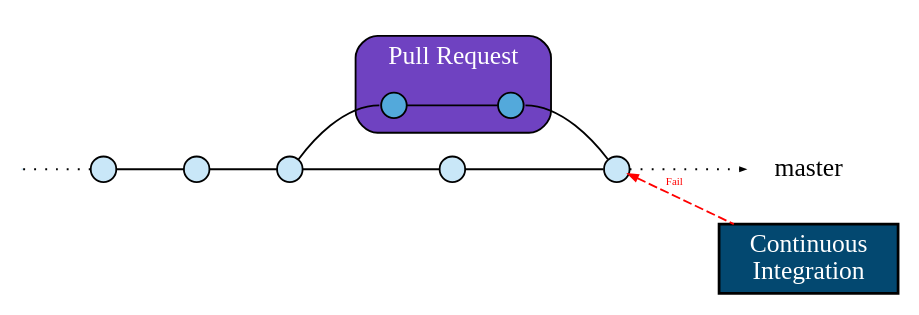
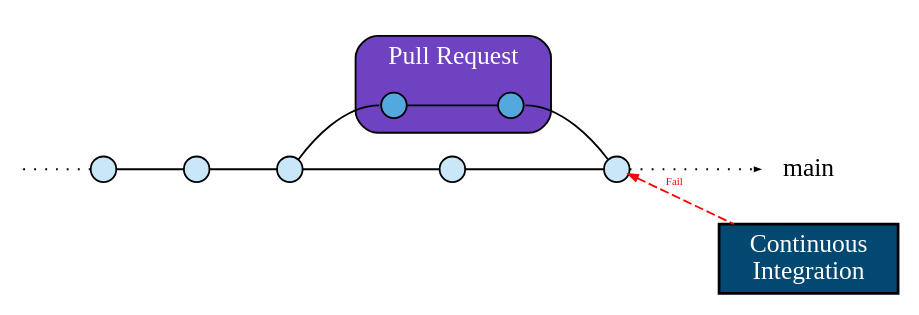
The diagram in docs/source/actions/strict-mode-merge-ci-fail.dot (Mergifyio/mergify), drawn with Graphviz before and after one commit. The commit also changed 11 other files, not shown here.

```diff
--- a/docs/source/actions/strict-mode-merge-ci-fail.dot
+++ b/docs/source/actions/strict-mode-merge-ci-fail.dot
@@ -1,65 +1,65 @@
  strict digraph g {
     rankdir="LR";
     forcelabels=false;
     newrank=false;
 
     // general
     node [style=filled, color="black", fontcolor="black"];
     edge [color="black", arrowhead=none];
 
     // graph
     node [width=0.2, height=0.2, fixedsize=true, label="", shape=circle, fillcolor="#FF0000"]
 
 
-    subgraph master {
-        node [group="master", fillcolor="#C9E7F8"];
+    subgraph main {
+        node [group="main", fillcolor="#C9E7F8"];
         ms;
         m0;
         m1;
         m2;
         me;
         mmerge;
 
         ms:e -> m0:w [style=dotted, arrowhead=none];
         m0:e -> m1:w;
         m1:e -> m2:w;
         m2:e -> m2bis:w;
         m2bis:e -> mmerge;
         mmerge:e -> me:w [style=dotted, arrowhead=normal, arrowsize=0.25];
     }
 
     subgraph {
         rank=min;
         ms [width=0, height=0, penwidth=0];
     }
 
     subgraph {
         rank=sink;
-        me [label="master", shape=none, fixedsize=false, fillcolor=none, fontcolor=black];
+        me [label="main", shape=none, fixedsize=false, fillcolor=none, fontcolor=black];
     }
 
     subgraph pr {
         subgraph cluster_pr {
             subgraph {
                 rank=same;
                 pr11 [group="pr", fillcolor="#53A9DB"];
             }
             label="Pull Request";
             style="rounded,filled";
             fillcolor="#6F42C1";
             fontcolor="white";
             pr12 [group="pr", fillcolor="#53A9DB"];
             pr11 -> pr12;
         }
     }
 
     m2 -> pr11:w;
     pr12:e -> mmerge;
 
     subgraph ci {
         // CI connections
         ci [label="Continuous\nIntegration", fixedsize=false, shape="box", style="filled", fillcolor="#034870", fontcolor=white, penwidth=1.5]
         edge [arrowhead=none, style=dashed, arrowsize=0.5, arrowtail=normal, color="#19d642", dir=both, penwidth=1, fontcolor="#19d642", fontsize="6pt"];
         mmerge -> ci [label="Fail", color="red", fontcolor="red"];
     }
 }
```
